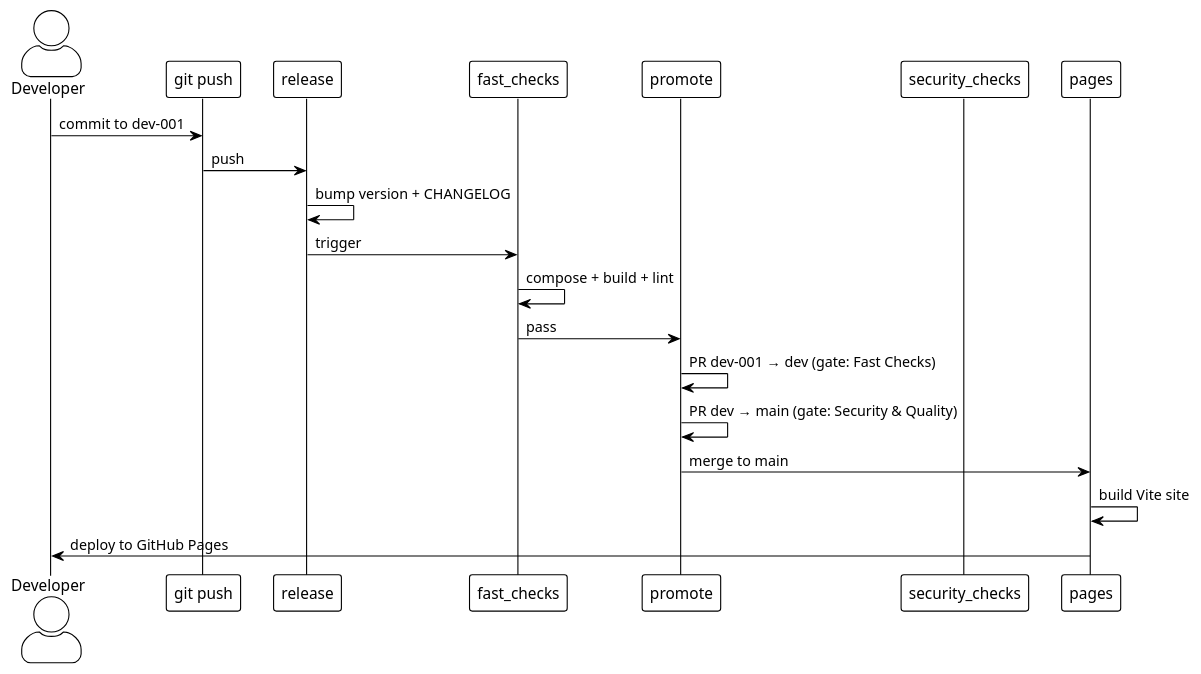
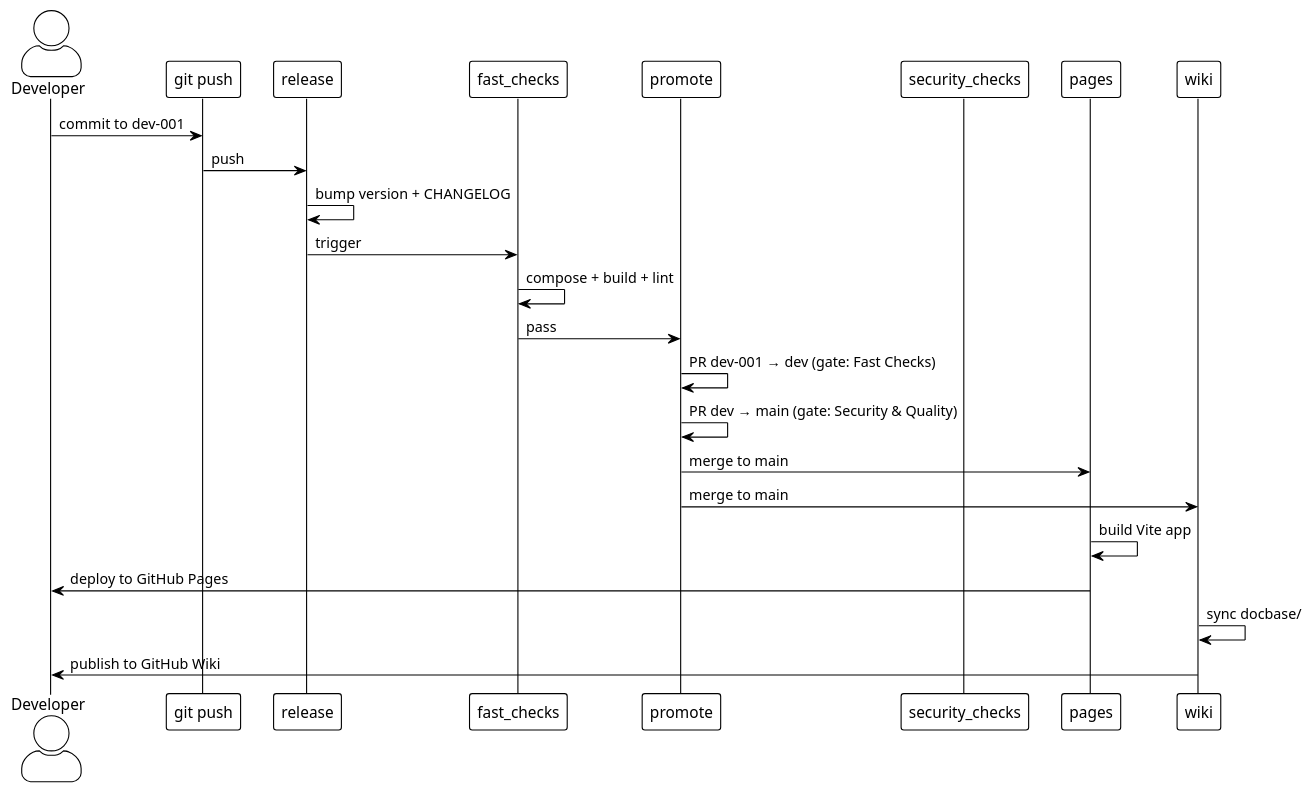
Before and after one commit to Mcc-Mak/opencode-workflow-demo: the second of 2 diagrams in docbase/docs/QuickStart.md, drawn with PlantUML. The commit also changed 29 other files, not shown here.

First line of the commit message:
feat: deploy codebase to Pages, docbase to Wiki (0.4.0)

````diff
--- a/docbase/docs/QuickStart.md
+++ b/docbase/docs/QuickStart.md
@@ -38,26 +38,30 @@
 ```plantuml
 @startuml
 !theme plain
 skinparam actorStyle awesome
 
 actor Developer as dev
 participant "git push" as git
 participant "release" as rls
 participant "fast_checks" as fc
 participant "promote" as prom
 participant "security_checks" as sec
 participant "pages" as pg
+participant "wiki" as wk
 
 dev -> git : commit to dev-001
 git -> rls : push
 rls -> rls : bump version + CHANGELOG
 rls -> fc : trigger
 fc -> fc : compose + build + lint
 fc -> prom : pass
 prom -> prom : PR dev-001 → dev (gate: Fast Checks)
 prom -> prom : PR dev → main (gate: Security & Quality)
 prom -> pg : merge to main
-pg -> pg : build Vite site
+prom -> wk : merge to main
+pg -> pg : build Vite app
 pg -> dev : deploy to GitHub Pages
+wk -> wk : sync docbase/
+wk -> dev : publish to GitHub Wiki
 @enduml
 ```
````
